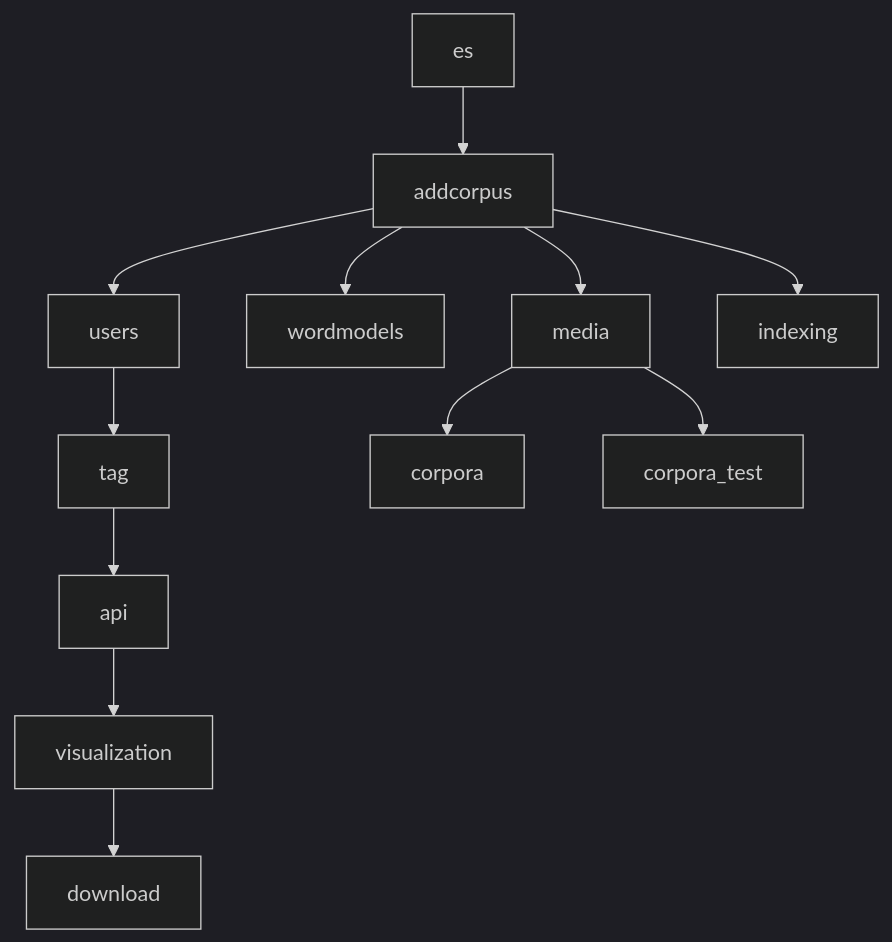
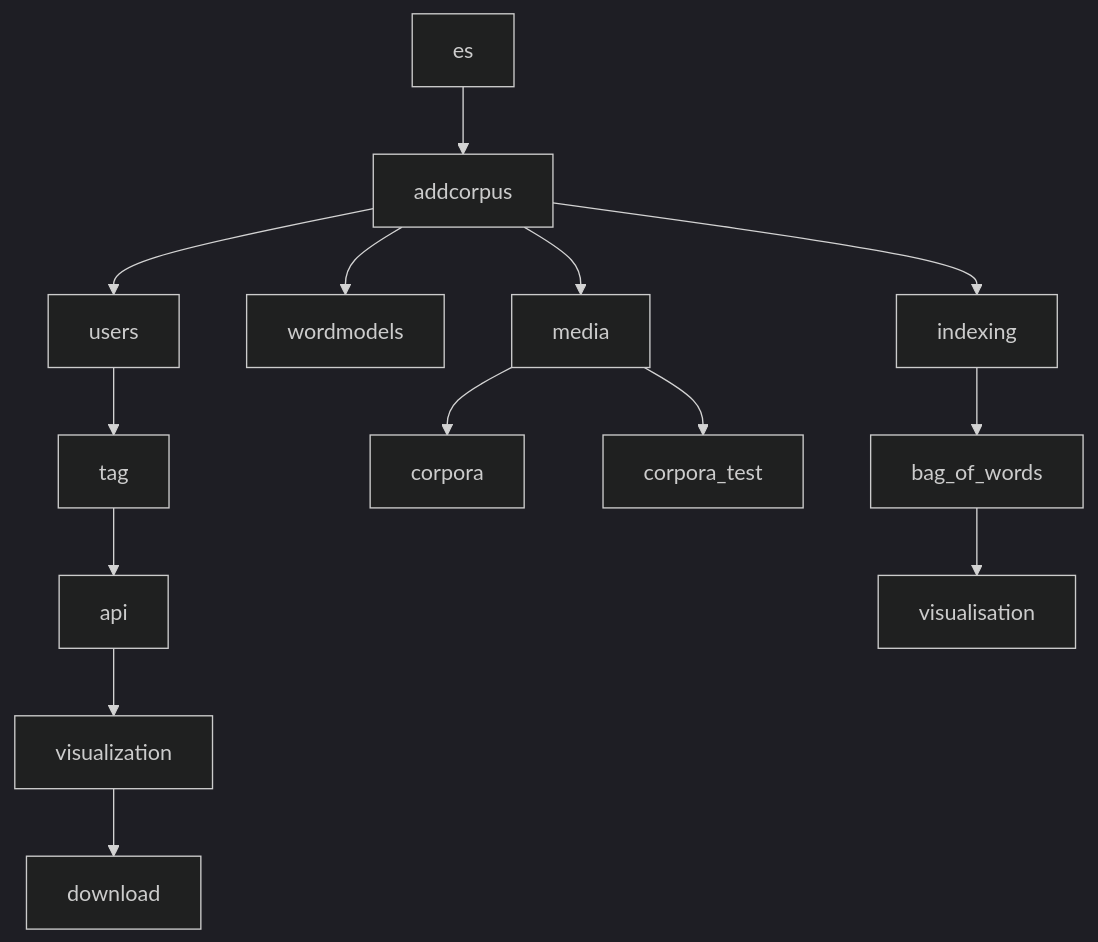
The diagram in documentation/Overview.md (CentreForDigitalHumanities/Textcavator), drawn with Mermaid (dark theme) before and after one commit. The commit also changed other lines of this file, not shown here.

````diff
--- a/documentation/Overview.md
+++ b/documentation/Overview.md
@@ -31,14 +32,16 @@
 ```mermaid
 graph TD;
     es-->addcorpus;
     addcorpus-->users;
 	addcorpus-->wordmodels;
     addcorpus-->media;
     tag-->api;
     visualization-->download;
 	users-->tag;
 	api-->visualization;
     addcorpus-->indexing;
     media-->corpora;
     media-->corpora_test;
+    indexing-->bag_of_words
+    bag_of_words-->visualisation;
 ```
````
